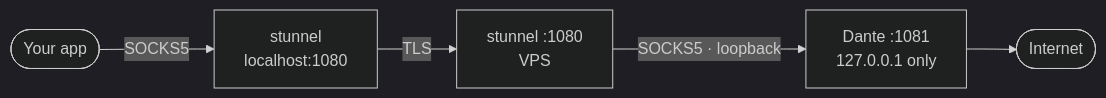
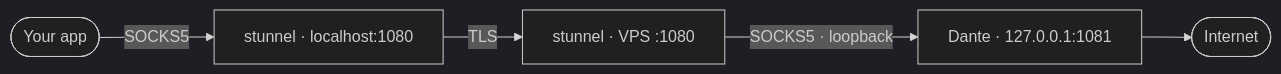
The second of 2 diagrams in README.md (banfen321/dante-proxy), drawn with Mermaid (dark theme) before and after one commit. The commit also changed other lines of this file, not shown here.

Commit message:
readme: fix mermaid labels, add firewall to quick start, multi-ip comment

````diff
--- a/README.md
+++ b/README.md
@@ -36,7 +46,7 @@
 ```mermaid
 graph LR
-    A([Your app]) -->|SOCKS5| B[stunnel\nlocalhost:1080]
-    B -->|TLS| C[stunnel :1080\nVPS]
-    C -->|"SOCKS5 · loopback"| D[Dante :1081\n127.0.0.1 only]
+    A([Your app]) -->|SOCKS5| B["stunnel · localhost:1080"]
+    B -->|TLS| C["stunnel · VPS :1080"]
+    C -->|"SOCKS5 · loopback"| D["Dante · 127.0.0.1:1081"]
     D --> E([Internet])
 ```
````
